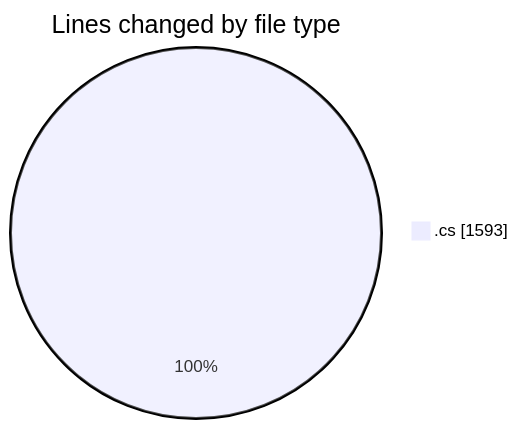
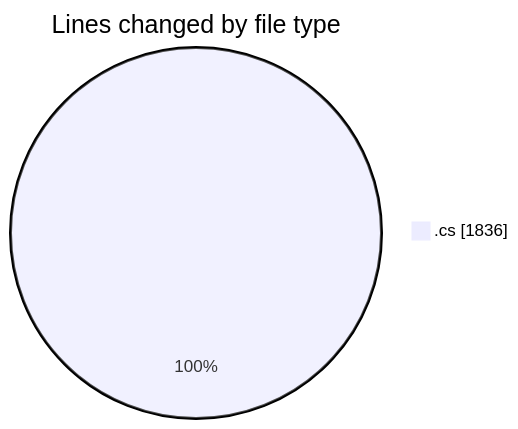
One commit to Netris89/code-tracking changed the first of 2 diagrams in 2025-04-01/back-end/README.md. Above: the diagram before and after it, drawn with Mermaid. The commit also changed other lines of this file and 1 other file, not shown here.

````diff
--- a/2025-04-01/back-end/README.md
+++ b/2025-04-01/back-end/README.md
@@ -26,5 +27,5 @@
 ```mermaid
 pie showData
 title Lines changed by file type
-".cs" : 1593
+".cs" : 1836
 ```
````
